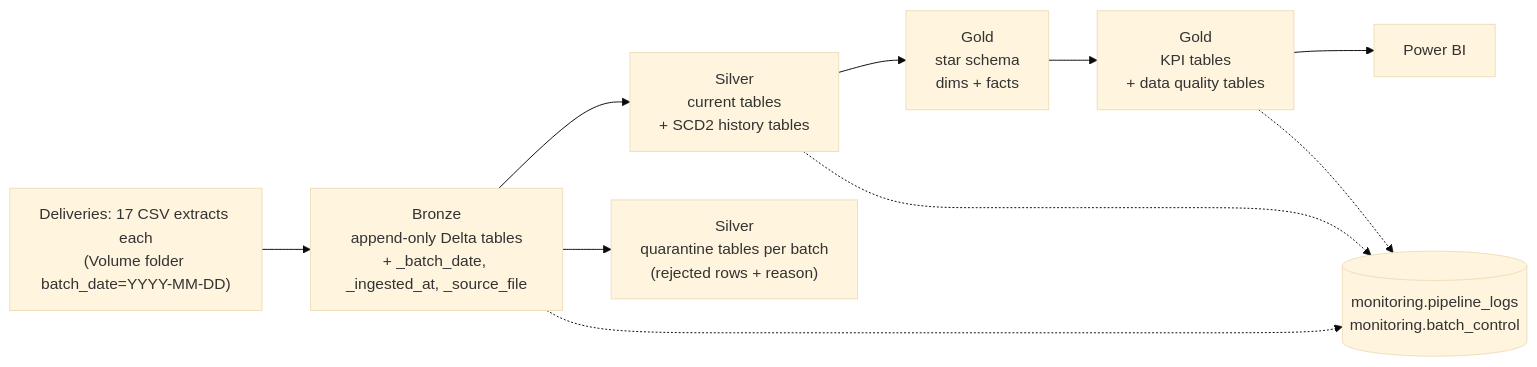
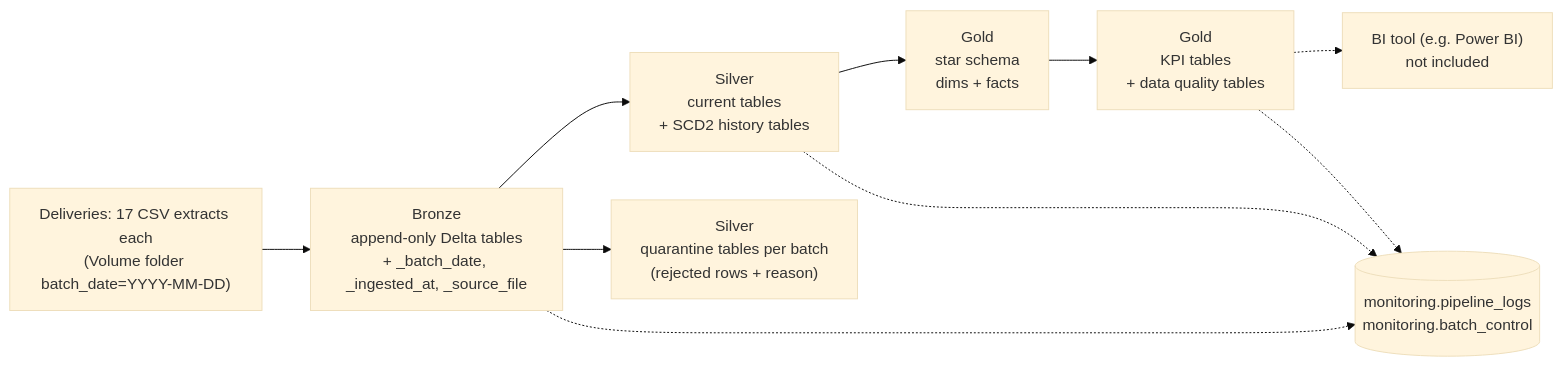
The diagram in README.md (gastonjrodriguez/hr-people-analytics-pipeline), drawn with Mermaid (base theme) before and after one commit. The commit also changed other lines of this file and 2 other files, not shown here.

````diff
--- a/README.md
+++ b/README.md
@@ -31,12 +33,12 @@
 ```mermaid
 flowchart LR
     A["Deliveries: 17 CSV extracts each<br/>(Volume folder batch_date=YYYY-MM-DD)"] --> B["Bronze<br/>append-only Delta tables<br/>+ _batch_date, _ingested_at, _source_file"]
     B --> C["Silver<br/>current tables<br/>+ SCD2 history tables"]
     B --> Q["Silver<br/>quarantine tables per batch<br/>(rejected rows + reason)"]
     C --> D["Gold<br/>star schema<br/>dims + facts"]
     D --> E["Gold<br/>KPI tables<br/>+ data quality tables"]
-    E --> F["Power BI"]
+    E -.-> F["BI tool (e.g. Power BI)<br/>not included"]
     B -.-> L[("monitoring.pipeline_logs<br/>monitoring.batch_control")]
     C -.-> L
     E -.-> L
 ```
````
